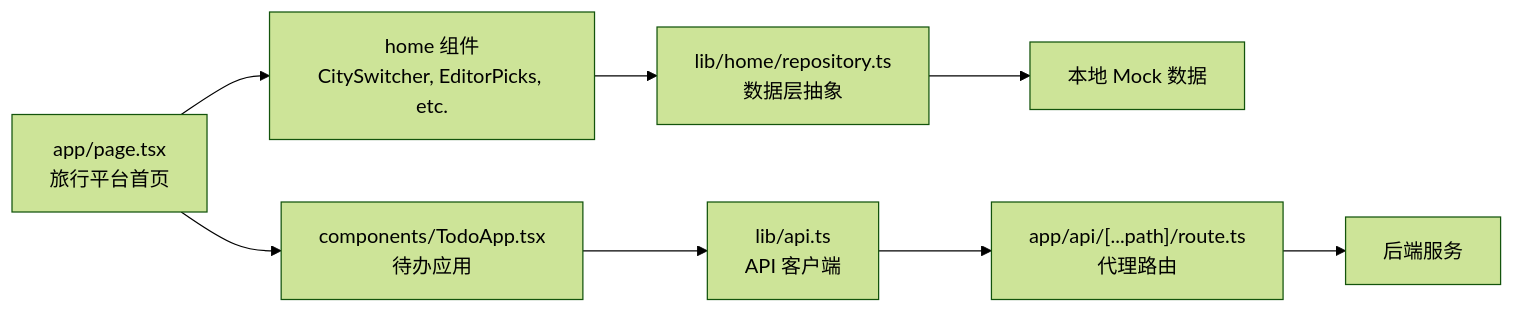
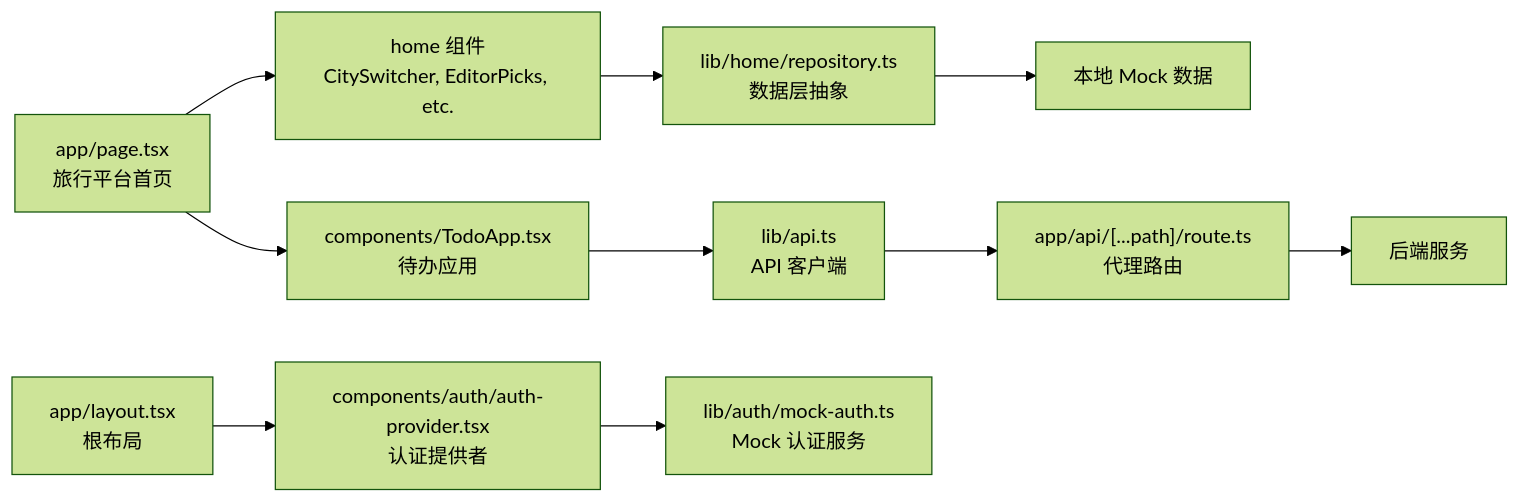
Before and after one commit to luyitiger6/my-first-project: the tenth of 11 diagrams in .qoder/repowiki/zh/content/前端开发/前端开发.md, drawn with Mermaid (forest theme). The commit also changed other lines of this file and 35 other files, not shown here.

````diff
--- a/.qoder/repowiki/zh/content/前端开发/前端开发.md
+++ b/.qoder/repowiki/zh/content/前端开发/前端开发.md
@@ -343,10 +447,12 @@
 ```mermaid
 graph LR
 Page["app/page.tsx<br/>旅行平台首页"] --> Components["home 组件<br/>CitySwitcher, EditorPicks, etc."]
 Components --> Repo["lib/home/repository.ts<br/>数据层抽象"]
 Repo --> MockData["本地 Mock 数据"]
 Page --> TodoApp["components/TodoApp.tsx<br/>待办应用"]
 TodoApp --> Api["lib/api.ts<br/>API 客户端"]
 Api --> Proxy["app/api/[...path]/route.ts<br/>代理路由"]
 Proxy --> Backend["后端服务"]
+Layout["app/layout.tsx<br/>根布局"] --> AuthProvider["components/auth/auth-provider.tsx<br/>认证提供者"]
+AuthProvider --> MockAuth["lib/auth/mock-auth.ts<br/>Mock 认证服务"]
 ```
````
